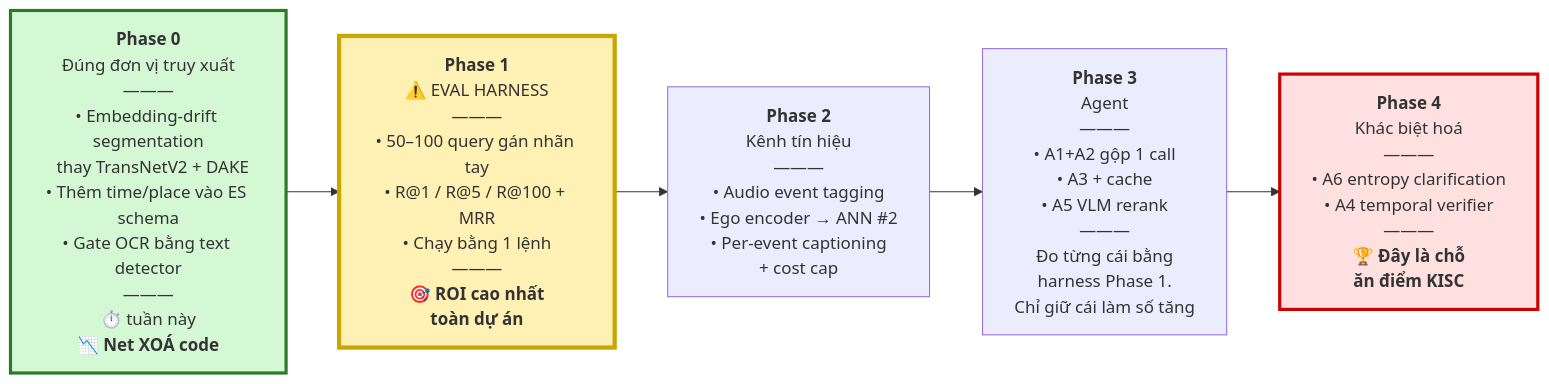
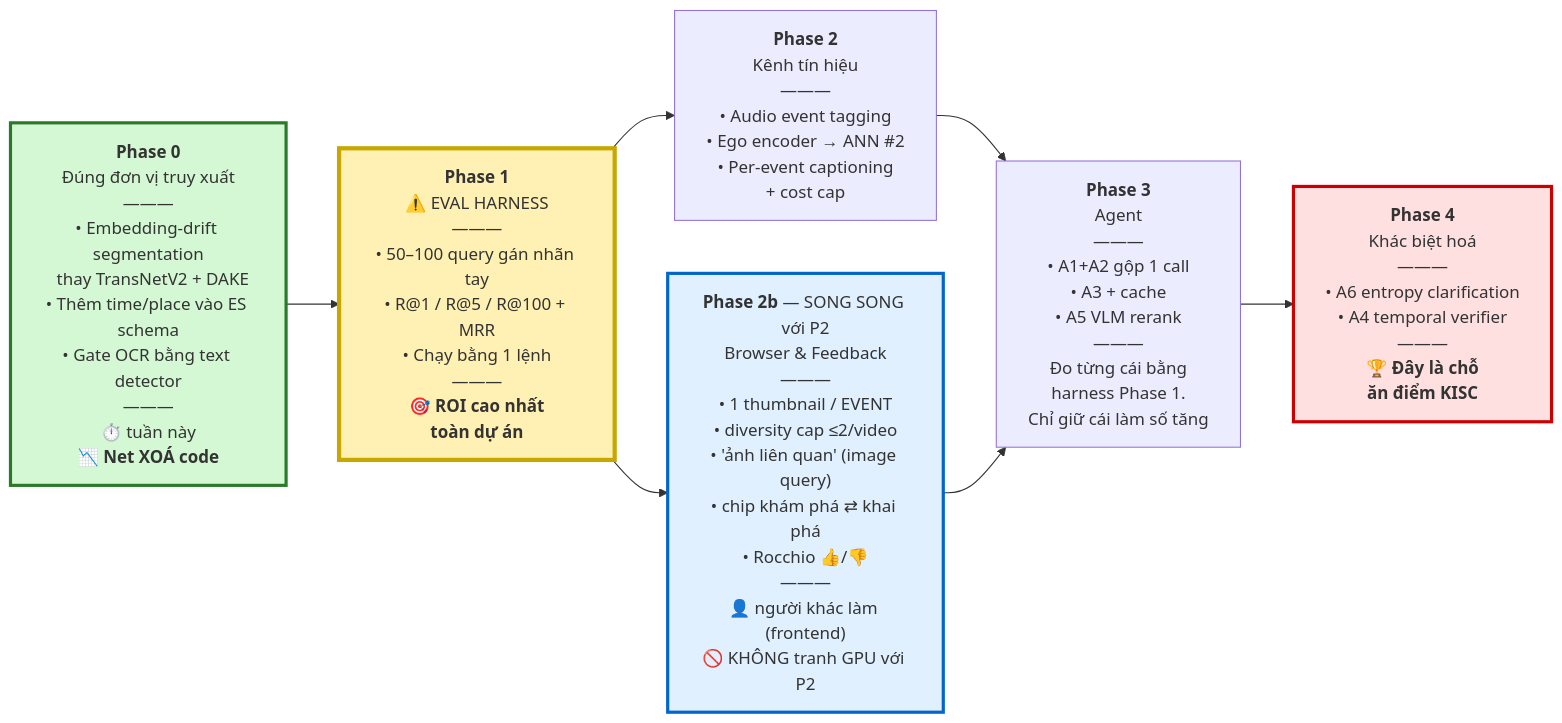
Before and after one commit to AIVIETNAM-AIO-herk30/AI_Challenge_2026: diagram 25 of 25 in docs/AIC2026_ARCHITECTURE_ANALYSIS.md, drawn with Mermaid. The commit also changed other lines of this file, not shown here.

````diff
--- a/docs/AIC2026_ARCHITECTURE_ANALYSIS.md
+++ b/docs/AIC2026_ARCHITECTURE_ANALYSIS.md
@@ -745,18 +1049,22 @@
 ```mermaid
 flowchart LR
     P0["<b>Phase 0</b><br/>Đúng đơn vị truy xuất<br/>———<br/>• Embedding-drift segmentation<br/>  thay TransNetV2 + DAKE<br/>• Thêm time/place vào ES schema<br/>• Gate OCR bằng text detector<br/>———<br/>⏱️ tuần này<br/>📉 <b>Net XOÁ code</b>"]
 
     P1["<b>Phase 1</b><br/>⚠️ EVAL HARNESS<br/>———<br/>• 50–100 query gán nhãn tay<br/>• R@1 / R@5 / R@100 + MRR<br/>• Chạy bằng 1 lệnh<br/>———<br/>🎯 <b>ROI cao nhất<br/>toàn dự án</b>"]
 
     P2["<b>Phase 2</b><br/>Kênh tín hiệu<br/>———<br/>• Audio event tagging<br/>• Ego encoder → ANN #2<br/>• Per-event captioning<br/>  + cost cap"]
 
     P3["<b>Phase 3</b><br/>Agent<br/>———<br/>• A1+A2 gộp 1 call<br/>• A3 + cache<br/>• A5 VLM rerank<br/>———<br/>Đo từng cái bằng<br/>harness Phase 1.<br/>Chỉ giữ cái làm số tăng"]
 
     P4["<b>Phase 4</b><br/>Khác biệt hoá<br/>———<br/>• A6 entropy clarification<br/>• A4 temporal verifier<br/>———<br/>🏆 <b>Đây là chỗ<br/>ăn điểm KISC</b>"]
 
+    P2B["<b>Phase 2b</b> — SONG SONG với P2<br/>Browser & Feedback<br/>———<br/>• 1 thumbnail / EVENT<br/>• diversity cap ≤2/video<br/>• 'ảnh liên quan' (image query)<br/>• chip khám phá ⇄ khai phá<br/>• Rocchio 👍/👎<br/>———<br/>👤 người khác làm (frontend)<br/>🚫 KHÔNG tranh GPU với P2"]
+
     P0 --> P1 --> P2 --> P3 --> P4
+    P1 --> P2B --> P3
 
     style P0 fill:#d4f8d4,stroke:#2a7a2a,stroke-width:3px
     style P1 fill:#fff0b3,stroke:#c8a800,stroke-width:4px
+    style P2B fill:#e0f0ff,stroke:#0066cc,stroke-width:3px
     style P4 fill:#ffe0e0,stroke:#c00,stroke-width:3px
 ```
````
